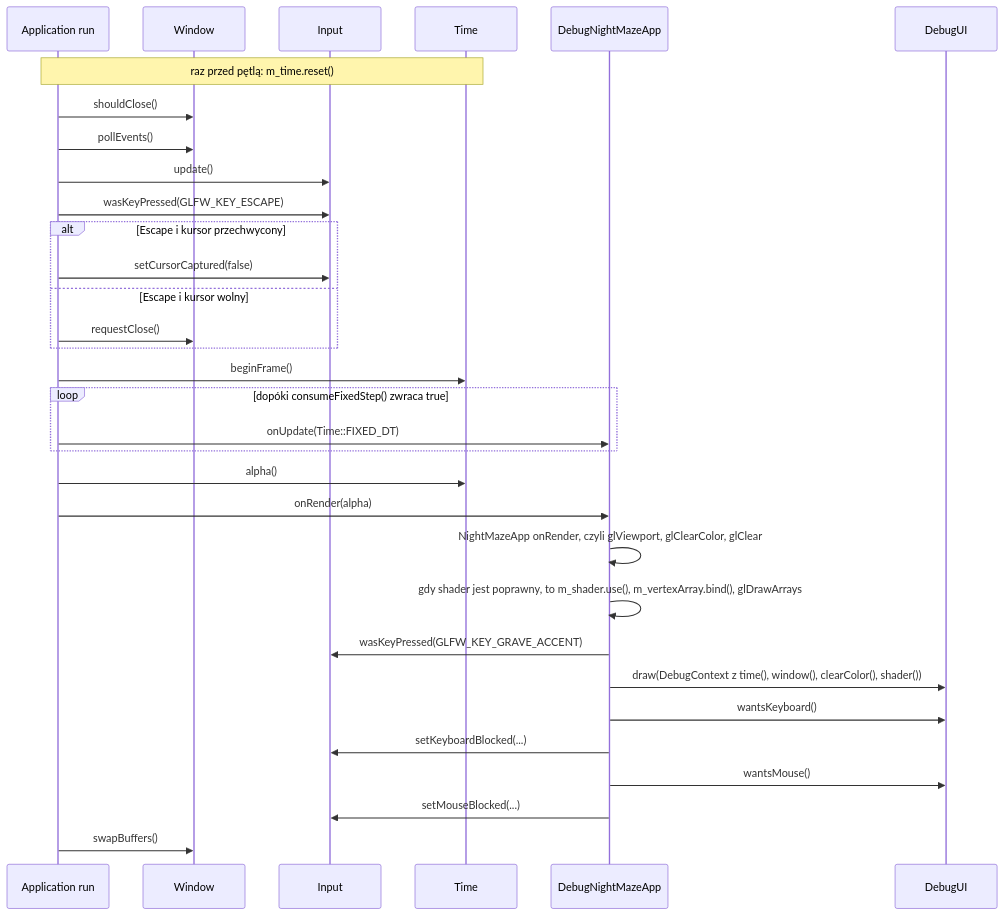
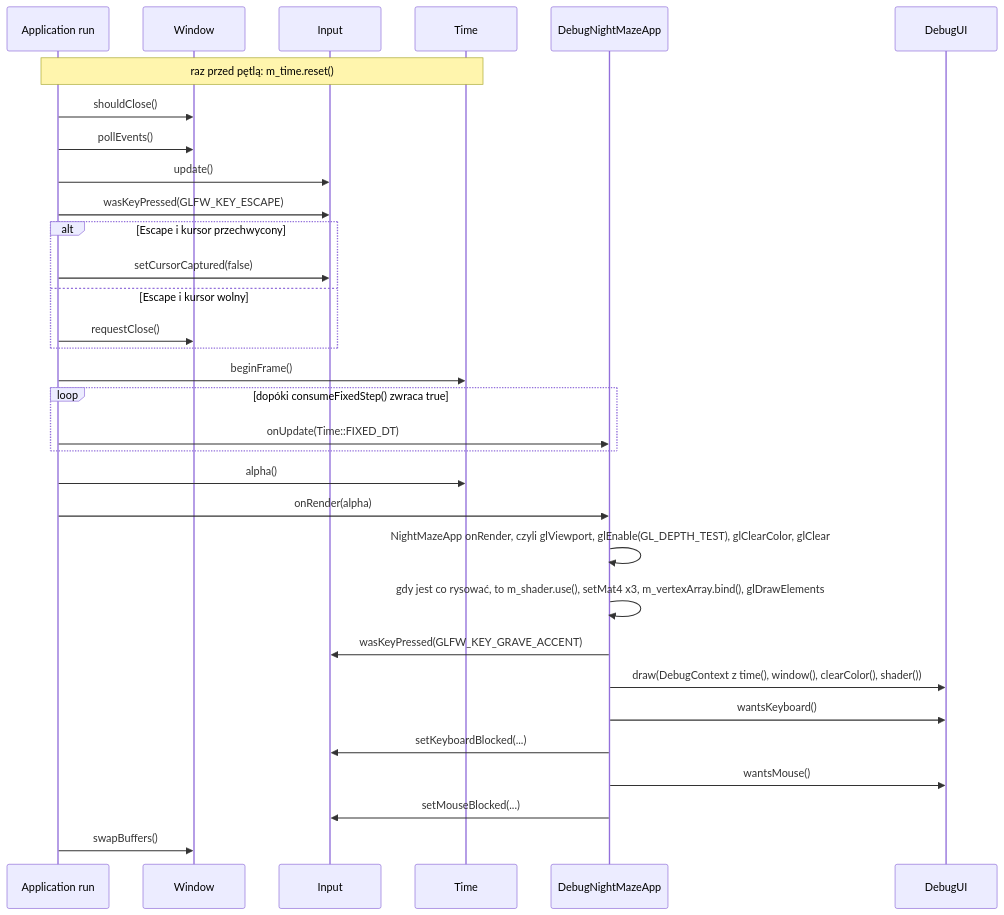
One commit to Shironex/night-maze changed the second of 3 diagrams in docs/modules/core/README.md. Above: the diagram before and after it, drawn with Mermaid. The commit also changed other lines of this file and 27 other files, not shown here.

````diff
--- a/docs/modules/core/README.md
+++ b/docs/modules/core/README.md
@@ -74,34 +76,34 @@
 ```mermaid
 sequenceDiagram
     participant Run as Application run
     participant Win as Window
     participant In as Input
     participant T as Time
     participant App as DebugNightMazeApp
     participant UI as DebugUI
     Note over Run,T: raz przed pętlą: m_time.reset()
     Run->>Win: shouldClose()
     Run->>Win: pollEvents()
     Run->>In: update()
     Run->>In: wasKeyPressed(GLFW_KEY_ESCAPE)
     alt Escape i kursor przechwycony
         Run->>In: setCursorCaptured(false)
     else Escape i kursor wolny
         Run->>Win: requestClose()
     end
     Run->>T: beginFrame()
     loop dopóki consumeFixedStep() zwraca true
         Run->>App: onUpdate(Time::FIXED_DT)
     end
     Run->>T: alpha()
     Run->>App: onRender(alpha)
-    App->>App: NightMazeApp onRender, czyli glViewport, glClearColor, glClear
-    App->>App: gdy shader jest poprawny, to m_shader.use(), m_vertexArray.bind(), glDrawArrays
+    App->>App: NightMazeApp onRender, czyli glViewport, glEnable(GL_DEPTH_TEST), glClearColor, glClear
+    App->>App: gdy jest co rysować, to m_shader.use(), setMat4 x3, m_vertexArray.bind(), glDrawElements
     App->>In: wasKeyPressed(GLFW_KEY_GRAVE_ACCENT)
     App->>UI: draw(DebugContext z time(), window(), clearColor(), shader())
     App->>UI: wantsKeyboard()
     App->>In: setKeyboardBlocked(...)
     App->>UI: wantsMouse()
     App->>In: setMouseBlocked(...)
     Run->>Win: swapBuffers()
 ```
````
